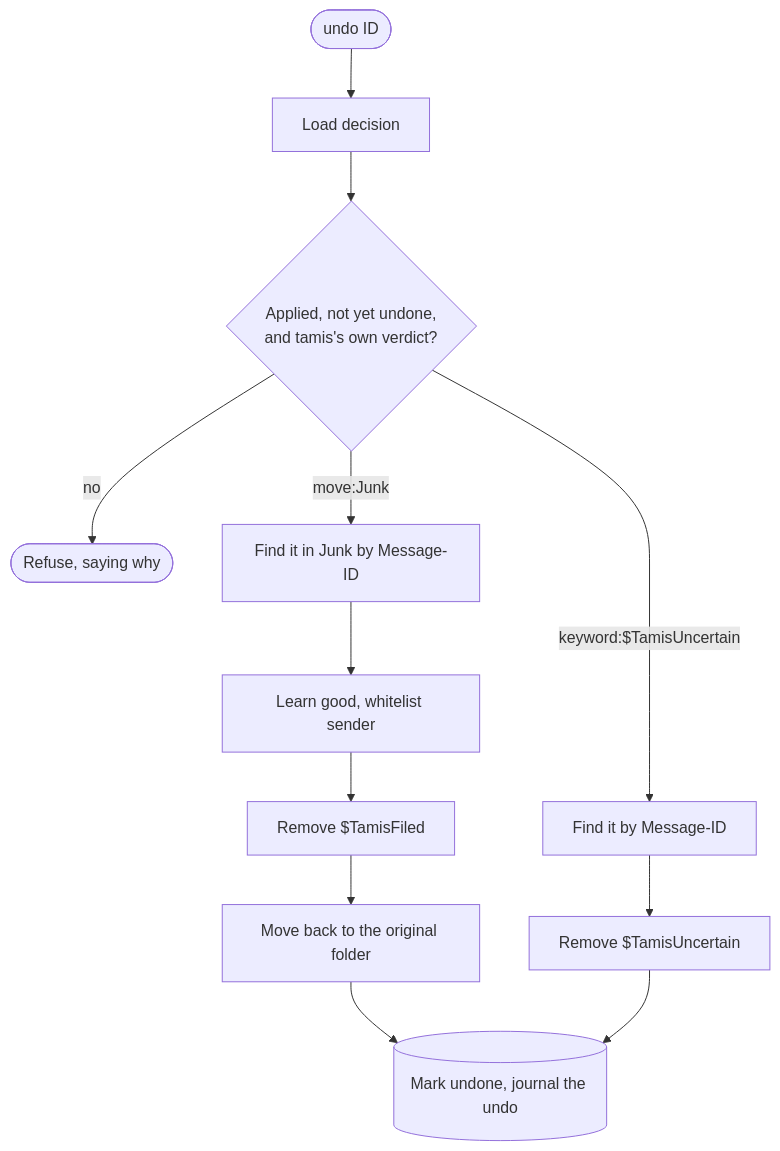
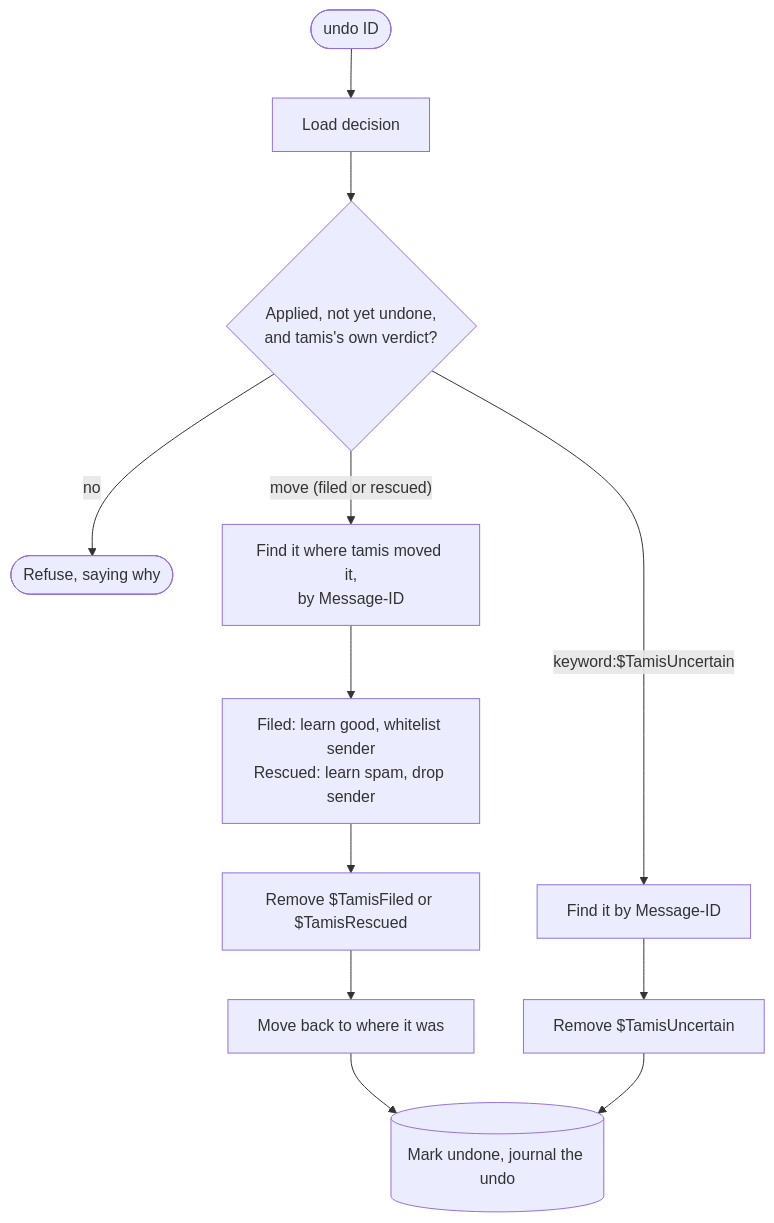
One commit to hugoh/tamis changed the fifth of 9 diagrams in docs/engine.md. Above: the diagram before and after it, drawn with Mermaid. The commit also changed other lines of this file and 3 other files, not shown here.

````diff
--- a/docs/engine.md
+++ b/docs/engine.md
@@ -159,14 +160,14 @@
 ```mermaid
 flowchart TD
     u([undo ID]) --> load[Load decision]
     load --> check{Applied, not yet undone,<br/>and tamis's own verdict?}
     check -- no --> refuse([Refuse, saying why])
-    check -- "move:Junk" --> find[Find it in Junk by Message-ID]
-    find --> learn[Learn good, whitelist sender]
-    learn --> unflag[Remove $TamisFiled]
-    unflag --> back[Move back to the original folder]
+    check -- "move (filed or rescued)" --> find[Find it where tamis moved it,<br/>by Message-ID]
+    find --> learn[Filed: learn good, whitelist sender<br/>Rescued: learn spam, drop sender]
+    learn --> unflag[Remove $TamisFiled or $TamisRescued]
+    unflag --> back[Move back to where it was]
     check -- "keyword:$TamisUncertain" --> findU[Find it by Message-ID]
     findU --> clear[Remove $TamisUncertain]
     back --> mark[(Mark undone, journal the undo)]
     clear --> mark
 ```
````
